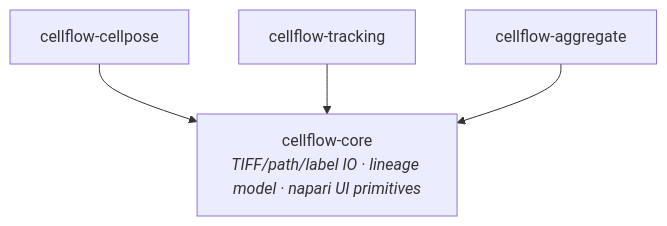
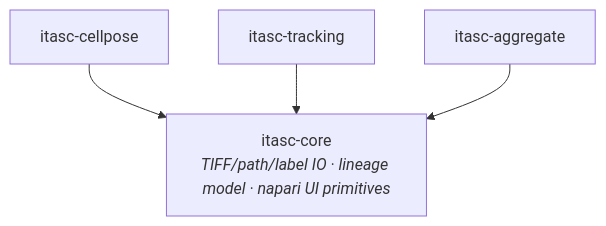
Before and after one commit to ArturRuppel/ITASC: the diagram in docs/development/architecture.md, drawn with Mermaid. The commit also changed other lines of this file and 441 other files, not shown here.

````diff
--- a/docs/development/architecture.md
+++ b/docs/development/architecture.md
@@ -13,10 +13,10 @@
 ```{mermaid}
 flowchart TD
-    core["cellflow-core<br/><i>TIFF/path/label IO · lineage model · napari UI primitives</i>"]
-    cp["cellflow-cellpose"]
-    trk["cellflow-tracking"]
-    agg["cellflow-aggregate"]
+    core["itasc-core<br/><i>TIFF/path/label IO · lineage model · napari UI primitives</i>"]
+    cp["itasc-cellpose"]
+    trk["itasc-tracking"]
+    agg["itasc-aggregate"]
     cp --> core
     trk --> core
     agg --> core
 ```
````
